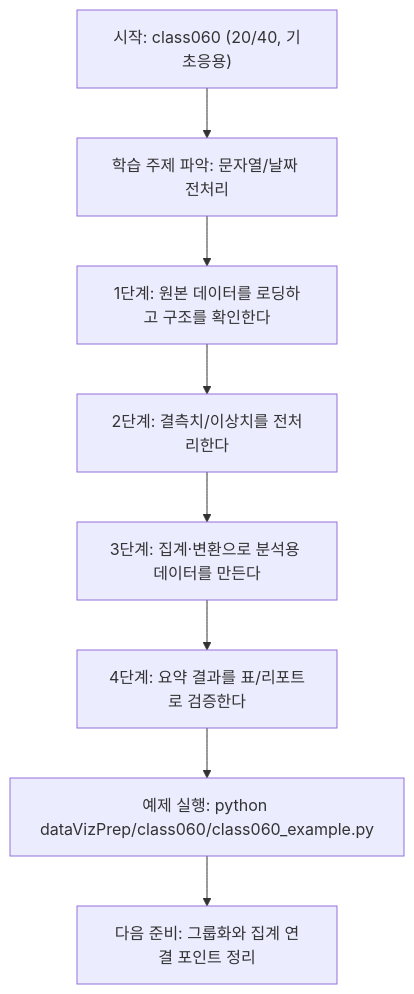
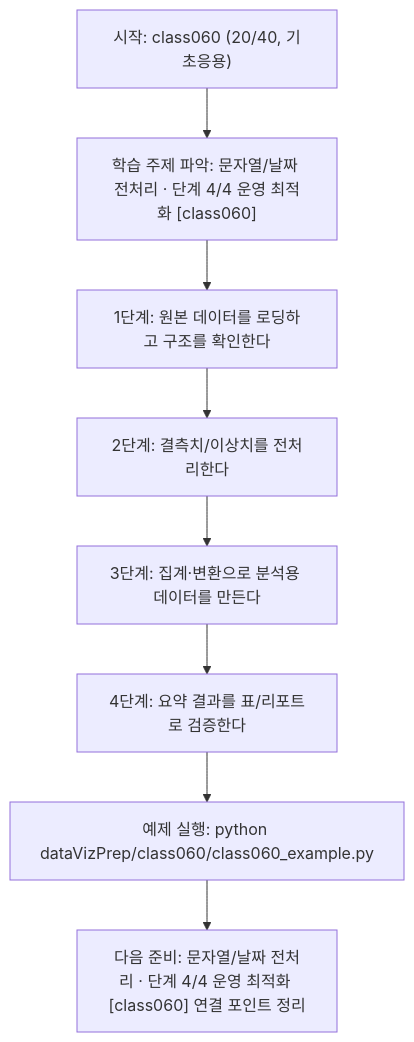
The diagram in dataVizPrep/class060/class060.md (edumgt/Python-AI_Agent-Class), drawn with Mermaid before and after one commit. The commit also changed other lines of this file and 522 other files, not shown here.

````diff
--- a/dataVizPrep/class060/class060.md
+++ b/dataVizPrep/class060/class060.md
@@ -110,18 +111,18 @@
 ```mermaid
 flowchart TD
 N1["시작: class060 (20/40, 기초응용)"]
-N2["학습 주제 파악: 문자열/날짜 전처리"]
+N2["학습 주제 파악: 문자열/날짜 전처리 · 단계 4/4 운영 최적화 [class060]"]
 N3["1단계: 원본 데이터를 로딩하고 구조를 확인한다"]
 N4["2단계: 결측치/이상치를 전처리한다"]
 N5["3단계: 집계·변환으로 분석용 데이터를 만든다"]
 N6["4단계: 요약 결과를 표/리포트로 검증한다"]
 N7["예제 실행: python dataVizPrep/class060/class060_example.py"]
-N8["다음 준비: 그룹화와 집계 연결 포인트 정리"]
+N8["다음 준비: 문자열/날짜 전처리 · 단계 4/4 운영 최적화 [class060] 연결 포인트 정리"]
 N1 --> N2
 N2 --> N3
 N3 --> N4
 N4 --> N5
 N5 --> N6
 N6 --> N7
 N7 --> N8
 ```
````
